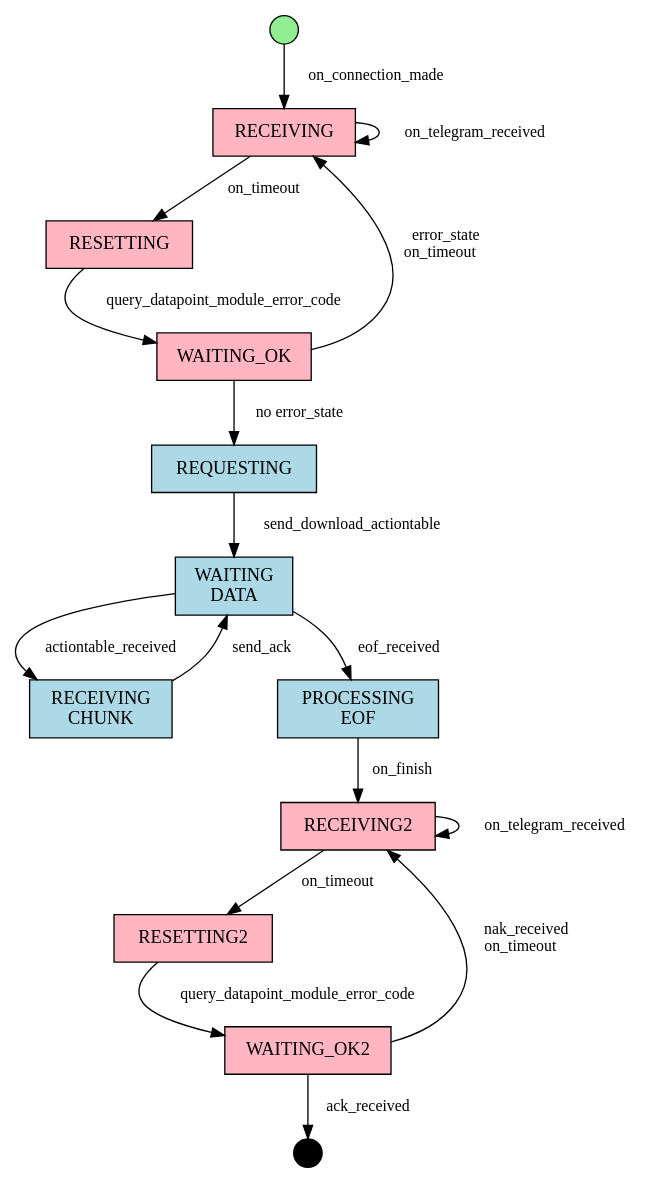
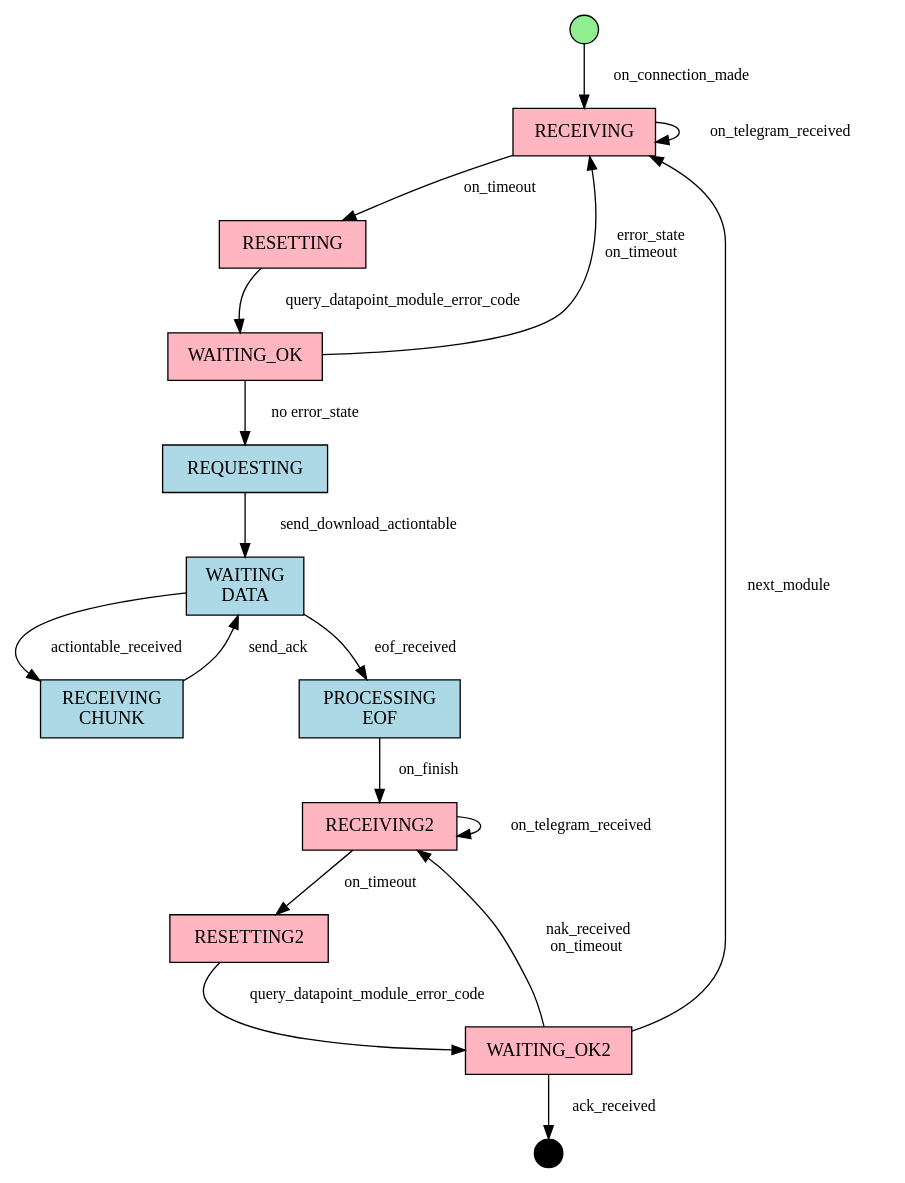
The diagram in doc/actiontable/Download-ActionTable-Workflow.dot (lduchosal/xp), drawn with Graphviz before and after one commit. The commit also changed 5 other files, not shown here.

```diff
--- a/doc/actiontable/Download-ActionTable-Workflow.dot
+++ b/doc/actiontable/Download-ActionTable-Workflow.dot
@@ -1,44 +1,45 @@
 digraph ActionTableDownloadStateMachine {
     rankdir=TB;
-    node [shape=rectangle, style=filled, fillcolor=lightblue, margin="0.15,0.1"];
+    node [shape=rectangle, style=filled, fillcolor=lightblue, margin="0.15, 0.1"];
     edge [fontsize=12];
 
     // States
     IDLE [label="IDLE", fillcolor=lightgreen];
     RECEIVING [label="RECEIVING", fillcolor=lightpink];
     RESETTING [label="RESETTING", fillcolor=lightpink];
     WAITING_OK [label="WAITING_OK", fillcolor=lightpink];
     REQUESTING [label="REQUESTING"];
     WAITING_DATA [label="WAITING\nDATA"];
     RECEIVING_CHUNK [label="RECEIVING\nCHUNK"];
     PROCESSING_EOF [label="PROCESSING\nEOF"];
 
     RECEIVING2 [label="RECEIVING2", fillcolor=lightpink];
     RESETTING2 [label="RESETTING2", fillcolor=lightpink];
     WAITING_OK2 [label="WAITING_OK2", fillcolor=lightpink];
 
     COMPLETED [label="COMPLETED", fillcolor=black];
 
     // Initial state
     IDLE [shape=point, width=0.3];
     COMPLETED [shape=point, width=0.3];
 
     // State transitions with events
-    IDLE -> RECEIVING [label="  on_connection_made  "];
-    RECEIVING -> RESETTING [label="  on_timeout  "];
-    RECEIVING -> RECEIVING [label="  on_telegram_received  "];
-    RESETTING -> WAITING_OK [label="  query_datapoint_module_error_code  "];
-    WAITING_OK -> RECEIVING [label="  error_state\non_timeout  "];
-    WAITING_OK -> REQUESTING [label="  no error_state  "];
-    REQUESTING -> WAITING_DATA [label="  send_download_actiontable  "];
-    WAITING_DATA -> RECEIVING_CHUNK [label="  actiontable_received  "];
-    RECEIVING_CHUNK -> WAITING_DATA [label="  send_ack  "];
-    WAITING_DATA -> PROCESSING_EOF [label="  eof_received  "];
-    PROCESSING_EOF -> RECEIVING2 [label="  on_finish  "];
-    RECEIVING2 -> RECEIVING2 [label="  on_telegram_received  "];
-    RECEIVING2 -> RESETTING2 [label="  on_timeout  "];
-    RESETTING2 -> WAITING_OK2 [label="  query_datapoint_module_error_code  "];
-    WAITING_OK2 -> RECEIVING2 [label="  nak_received\non_timeout  "];
-    WAITING_OK2 -> COMPLETED [label="  ack_received  "];
+    IDLE -> RECEIVING [label="   on_connection_made    "];
+    RECEIVING -> RESETTING [label="   on_timeout    "];
+    RECEIVING -> RECEIVING [label="   on_telegram_received    "];
+    RESETTING -> WAITING_OK [label="   query_datapoint_module_error_code   "];
+    WAITING_OK -> RECEIVING [label="   error_state\non_timeout   "];
+    WAITING_OK -> REQUESTING [label="   no error_state   "];
+    REQUESTING -> WAITING_DATA [label="   send_download_actiontable   "];
+    WAITING_DATA -> RECEIVING_CHUNK [label="   actiontable_received   "];
+    RECEIVING_CHUNK -> WAITING_DATA [label="   send_ack   "];
+    WAITING_DATA -> PROCESSING_EOF [label="   eof_received   "];
+    PROCESSING_EOF -> RECEIVING2 [label="   on_finish   "];
+    RECEIVING2 -> RECEIVING2 [label="   on_telegram_received   "];
+    RECEIVING2 -> RESETTING2 [label="   on_timeout   "];
+    RESETTING2 -> WAITING_OK2 [label="   query_datapoint_module_error_code   "];
+    WAITING_OK2 -> RECEIVING2 [label="    nak_received   \n   on_timeout   "];
+    WAITING_OK2 -> COMPLETED [label="   ack_received   "];
+    WAITING_OK2 -> RECEIVING [label="   next_module   "];
 
 }
```
